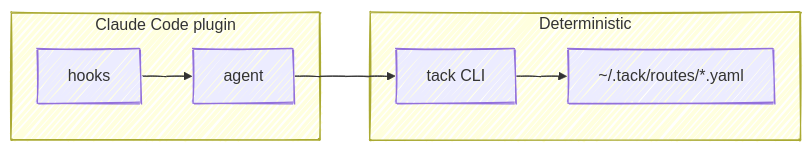
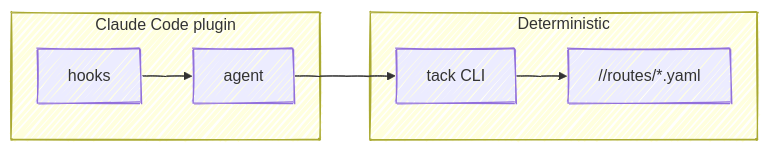
Before and after one commit to chris-peterson/tack: the diagram in SPEC.md, drawn with Mermaid. The commit also changed other lines of this file and 1 other file, not shown here.

````diff
--- a/SPEC.md
+++ b/SPEC.md
@@ -17,17 +17,17 @@
 ```mermaid
 %%{ init: { 'look': 'handDrawn' } }%%
 flowchart LR
     subgraph deterministic ["Deterministic"]
         cli["tack CLI"]
-        schema["~/.tack/routes/*.yaml"]
+        schema["<root>/<year>/routes/*.yaml"]
         cli --> schema
     end
 
     subgraph plugin ["Claude Code plugin"]
         hooks["hooks"]
         agent["agent"]
         hooks --> agent
     end
 
     agent --> cli
 ```
````
